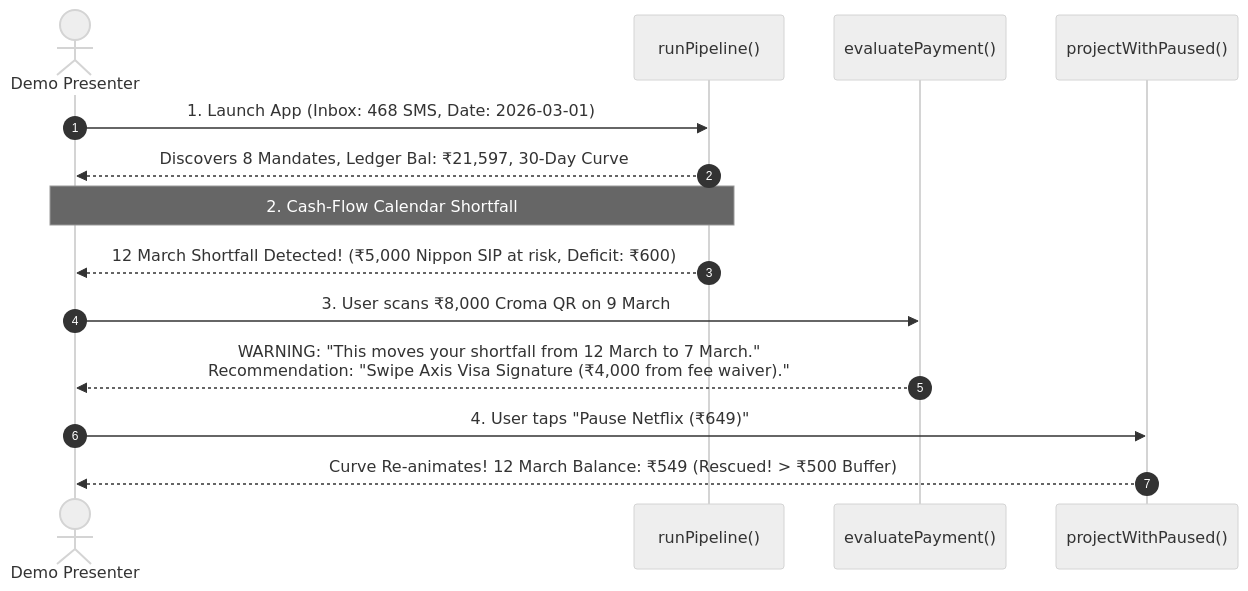
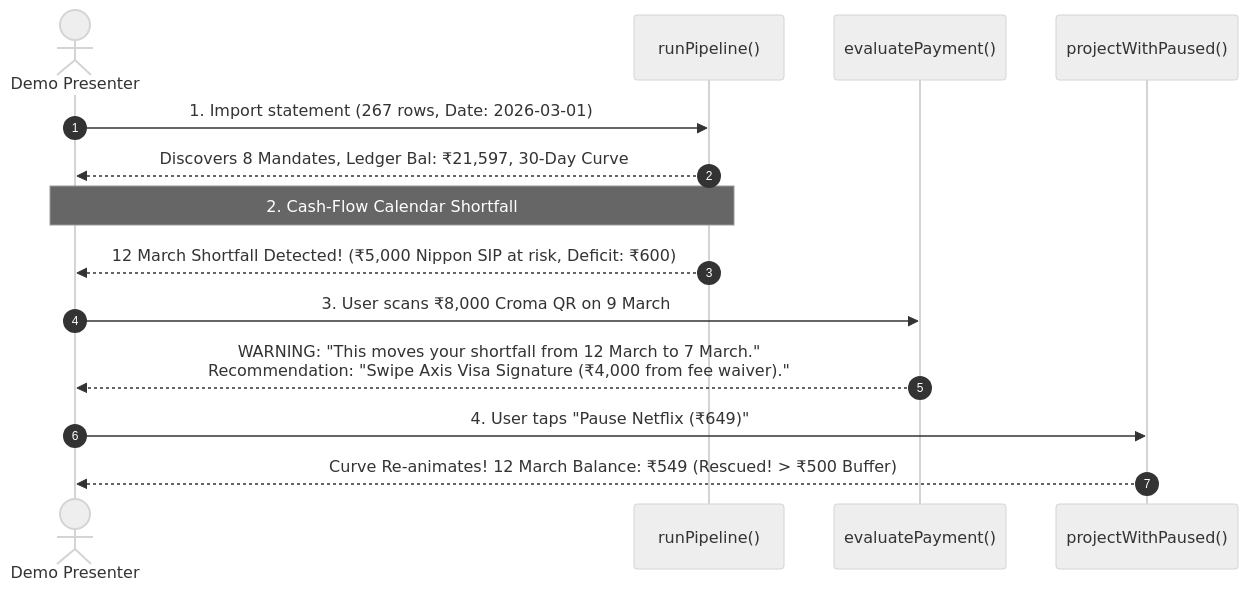
Before and after one commit to abhi8667/tixpay_codefury-9.0: the diagram in packages/engine/README.md, drawn with Mermaid (neutral theme). The commit also changed other lines of this file and 57 other files, not shown here.

````diff
--- a/packages/engine/README.md
+++ b/packages/engine/README.md
@@ -150,20 +176,20 @@
 ```mermaid
 sequenceDiagram
     autonumber
     actor User as Demo Presenter
     participant Pipeline as runPipeline()
     participant Intercept as evaluatePayment()
     participant Guard as projectWithPaused()
 
-    User->>Pipeline: 1. Launch App (Inbox: 468 SMS, Date: 2026-03-01)
+    User->>Pipeline: 1. Import statement (267 rows, Date: 2026-03-01)
     Pipeline-->>User: Discovers 8 Mandates, Ledger Bal: ₹21,597, 30-Day Curve
     
     Note over User,Pipeline: 2. Cash-Flow Calendar Shortfall
     Pipeline-->>User: 12 March Shortfall Detected! (₹5,000 Nippon SIP at risk, Deficit: ₹600)
 
     User->>Intercept: 3. User scans ₹8,000 Croma QR on 9 March
     Intercept-->>User: WARNING: "This moves your shortfall from 12 March to 7 March."<br/>Recommendation: "Swipe Axis Visa Signature (₹4,000 from fee waiver)."
 
     User->>Guard: 4. User taps "Pause Netflix (₹649)"
     Guard-->>User: Curve Re-animates! 12 March Balance: ₹549 (Rescued! > ₹500 Buffer)
 ```
````
